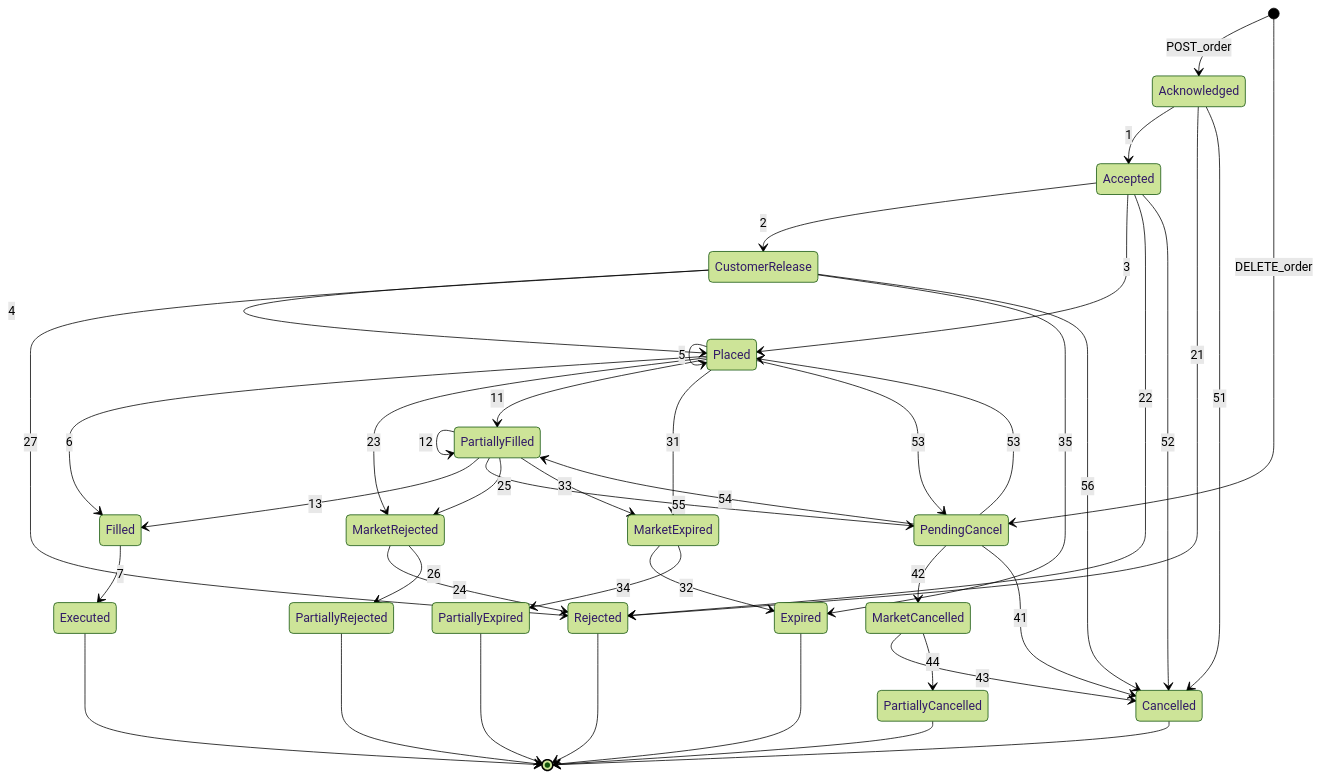
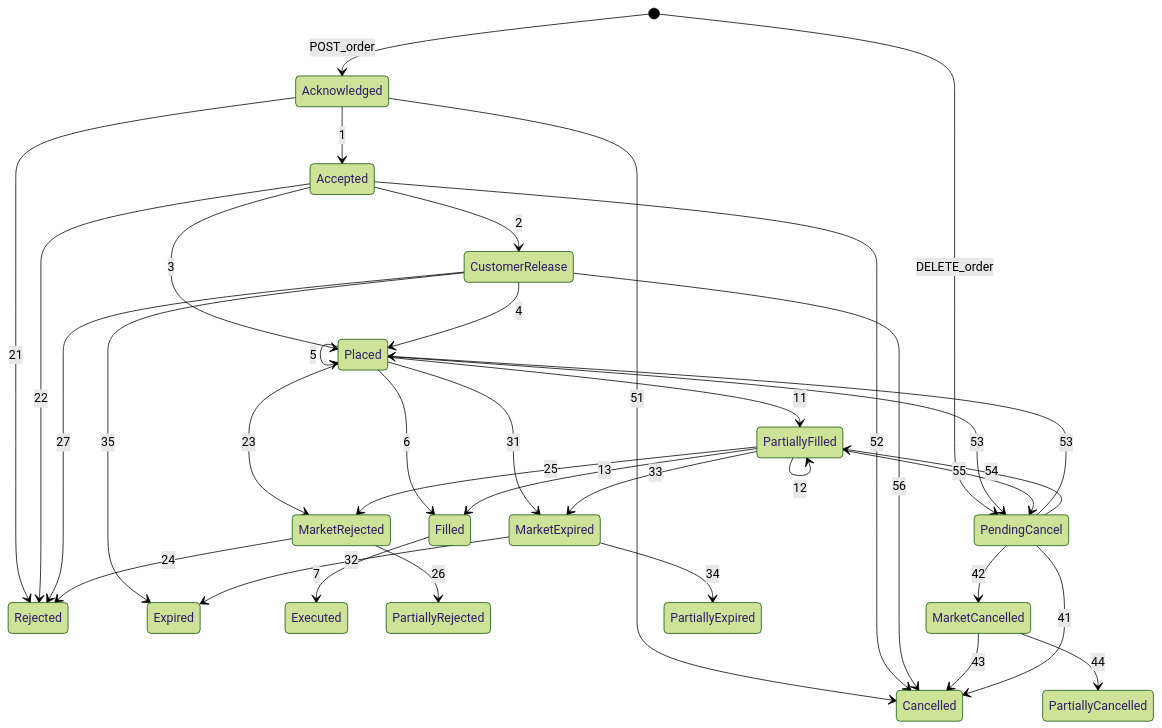
One commit to OpenWealth/OpenWealth changed the diagram in OrderPlacement/Docs/OrderStateTransition.md. Above: the diagram before and after it, drawn with Mermaid (forest theme).

Commit message:
improved readability of orderstatetransition diagram

````diff
--- a/OrderPlacement/Docs/OrderStateTransition.md
+++ b/OrderPlacement/Docs/OrderStateTransition.md
@@ -1,56 +1,48 @@
 ```mermaid
 stateDiagram-v2
     [*] --> Acknowledged: POST_order
     [*] --> PendingCancel: DELETE_order
     
     Acknowledged --> Accepted: 1
     Acknowledged --> Rejected: 21
     Acknowledged --> Cancelled: 51
 
     Accepted --> CustomerRelease: 2
     Accepted --> Placed: 3
     Accepted --> Rejected: 22
     Accepted --> Cancelled: 52
 
     CustomerRelease --> Placed: 4
     CustomerRelease --> Rejected: 27
     CustomerRelease --> Expired: 35
     CustomerRelease --> Cancelled: 56
 
     Placed --> Filled: 6
     Placed --> Placed: 5
     Placed --> MarketRejected: 23
     Placed --> PartiallyFilled: 11
     Placed --> MarketExpired: 31
     Placed --> PendingCancel: 53
 
     Filled --> Executed: 7
 
     PartiallyFilled --> PartiallyFilled: 12
     PartiallyFilled --> Filled: 13
     PartiallyFilled --> PendingCancel: 55
     PartiallyFilled --> MarketRejected: 25
     PartiallyFilled --> MarketExpired: 33
 
     MarketRejected --> Rejected: 24
     MarketRejected --> PartiallyRejected: 26
     
     MarketCancelled --> Cancelled: 43
     MarketCancelled --> PartiallyCancelled: 44    
 
     MarketExpired --> Expired: 32
     MarketExpired --> PartiallyExpired: 34
     
     PendingCancel --> MarketCancelled: 42
     PendingCancel --> Cancelled: 41
     PendingCancel --> Placed: 53
     PendingCancel --> PartiallyFilled: 54
-
-    Executed --> [*]
-    PartiallyExpired --> [*]
-    Rejected --> [*]
-    PartiallyRejected --> [*]
-    Cancelled --> [*]
-    PartiallyCancelled --> [*]
-    Expired --> [*]
 ```
````
